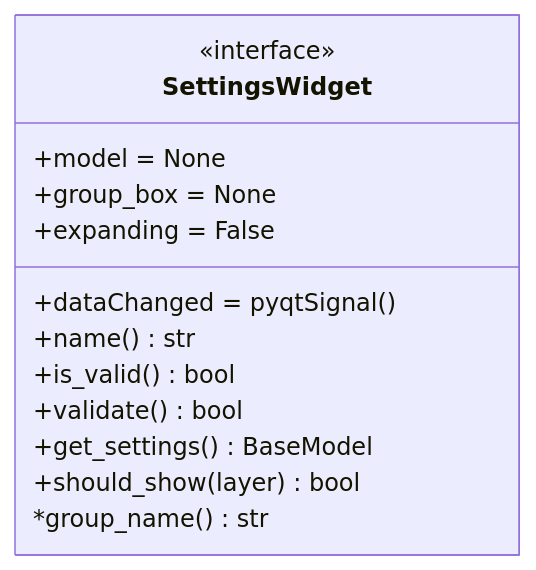
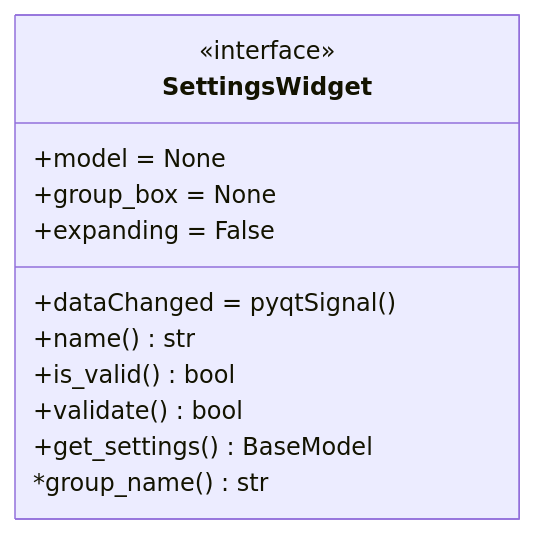
One commit to nens/threedi-schematisation-editor changed the second of 2 diagrams in threedi_schematisation_editor/vector_data_importer/wizard/DESIGN.md. Above: the diagram before and after it, drawn with Mermaid. The commit also changed other lines of this file and 3 other files, not shown here.

````diff
--- a/threedi_schematisation_editor/vector_data_importer/wizard/DESIGN.md
+++ b/threedi_schematisation_editor/vector_data_importer/wizard/DESIGN.md
@@ -131,16 +131,15 @@
 ```mermaid
 classDiagram
 class SettingsWidget{
     <<interface>>
     +dataChanged = pyqtSignal()
     +model = None
     +group_box = None
     +expanding = False
     +name() str
     +is_valid() bool
     +validate() bool
     +get_settings() BaseModel
-    +should_show(layer) bool
     *group_name() str
 }
 ```
````
